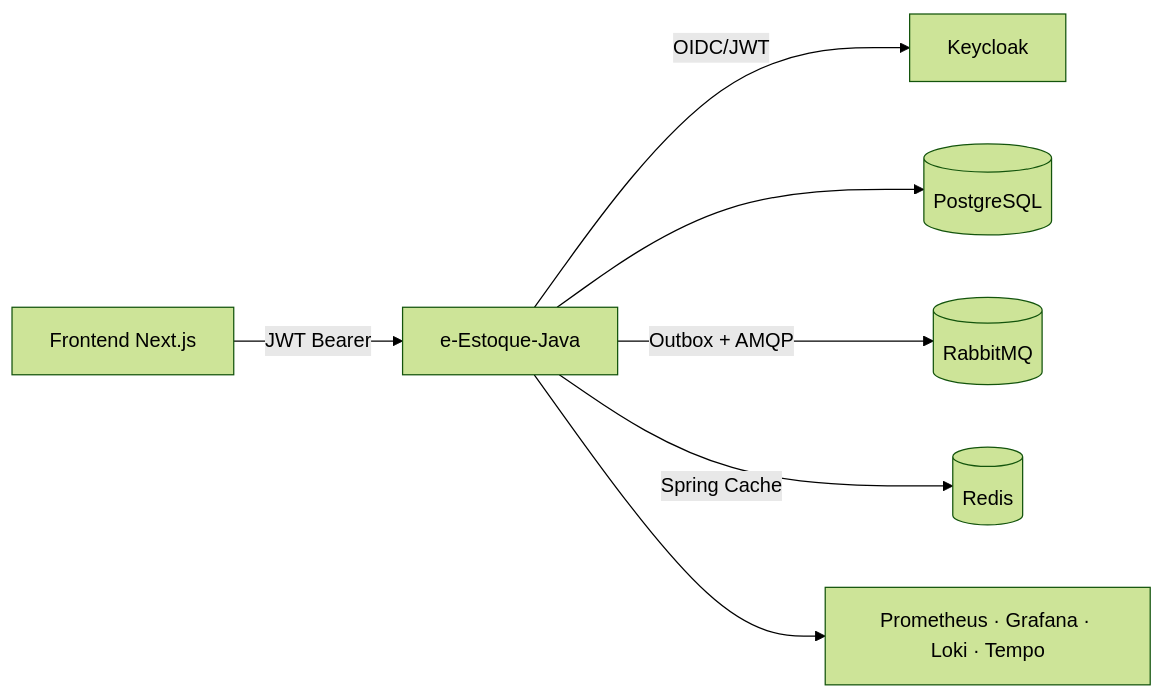
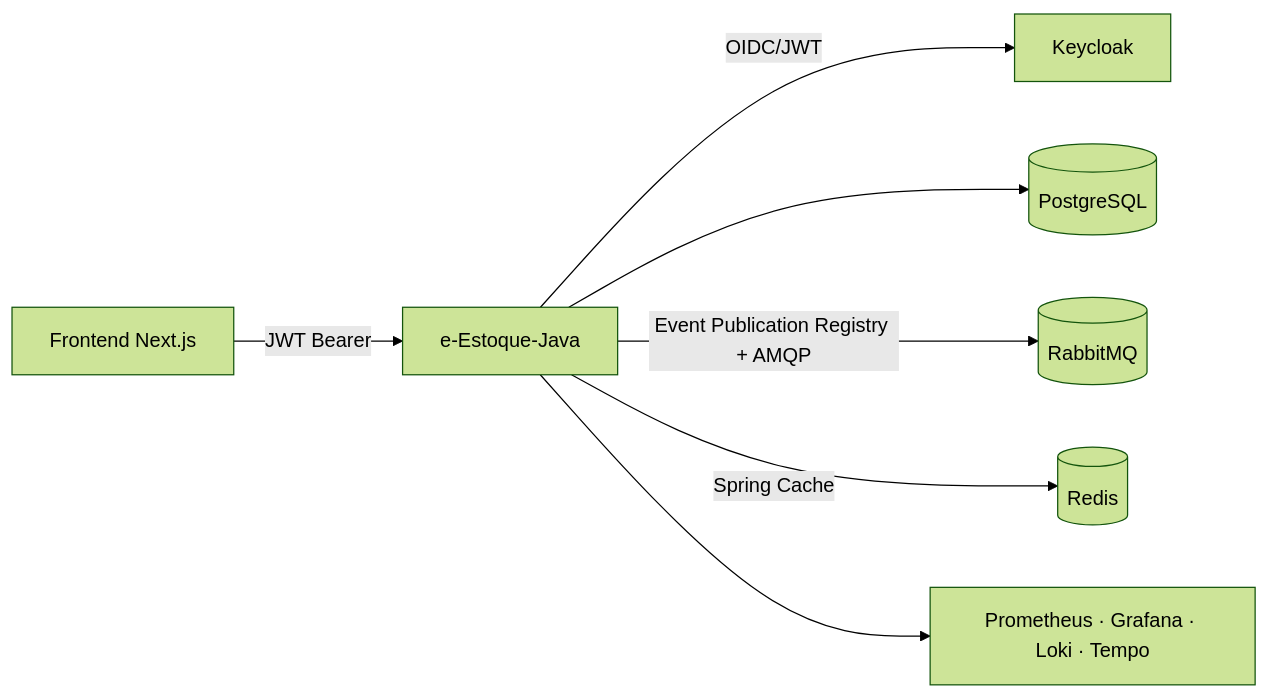
The diagram in README.md (mzet97/e-Estoque-Java), drawn with Mermaid (forest theme) before and after one commit. The commit also changed other lines of this file and 12 other files, not shown here.

````diff
--- a/README.md
+++ b/README.md
@@ -34,9 +34,9 @@
 ```mermaid
 flowchart LR
     FE[Frontend Next.js] -->|JWT Bearer| API[e-Estoque-Java]
     API -->|OIDC/JWT| KC[Keycloak]
     API --> PG[(PostgreSQL)]
-    API -->|Outbox + AMQP| RMQ[(RabbitMQ)]
+    API -->|Event Publication Registry + AMQP| RMQ[(RabbitMQ)]
     API -->|Spring Cache| RD[(Redis)]
     API --> OBS[Prometheus · Grafana · Loki · Tempo]
 ```
````
